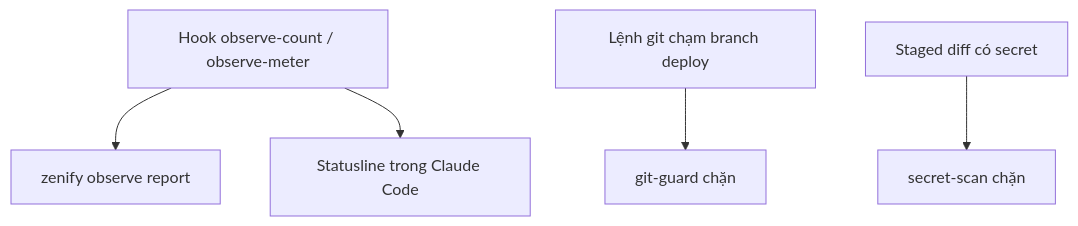
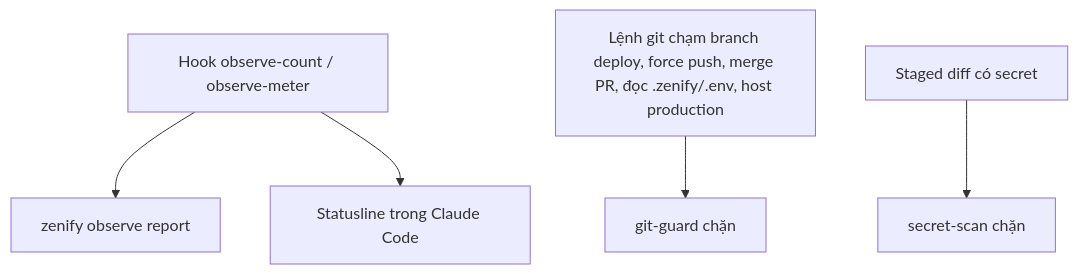
The diagram in website/guides/observe-and-safety.md (ZenifyAIContactCenter/zenify-kit), drawn with Mermaid before and after one commit. The commit also changed other lines of this file and 3 other files, not shown here.

Commit message:
docs(guard): document the bypass-safe git-guard rules and env exec

````diff
--- a/website/guides/observe-and-safety.md
+++ b/website/guides/observe-and-safety.md
@@ -19,9 +19,9 @@
 ```mermaid
 flowchart TD
   A["Hook observe-count / observe-meter"] --> B["zenify observe report"]
   A --> C["Statusline trong Claude Code"]
-  D["Lệnh git chạm branch deploy"] --> E["git-guard chặn"]
+  D["Lệnh git chạm branch deploy, force push, merge PR, đọc .zenify/.env, host production"] --> E["git-guard chặn"]
   F["Staged diff có secret"] --> G["secret-scan chặn"]
   class A,B,C action
   class E,G stop
 ```
````
